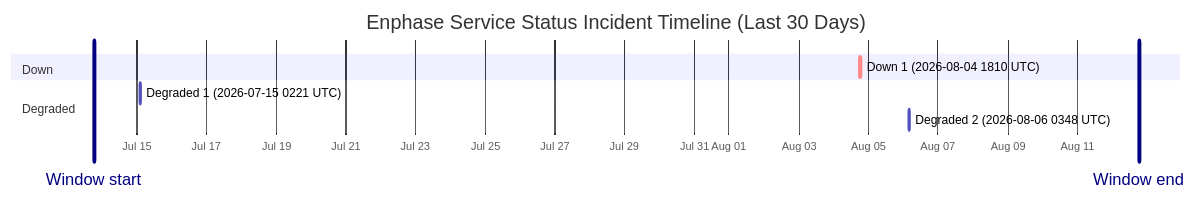
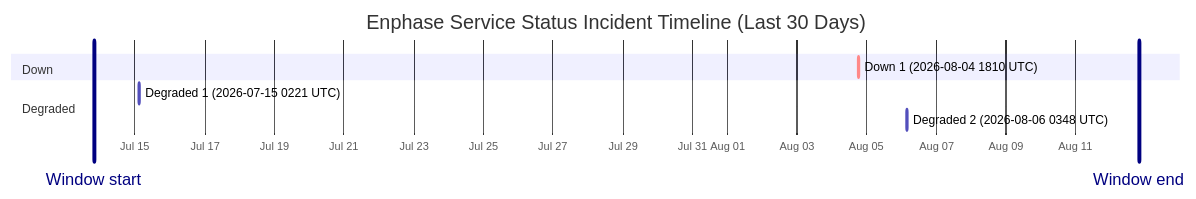
One commit to barneyonline/ha-enphase-energy changed the diagram in wiki/Service-Status-History.md. Above: the diagram before and after it, drawn with Mermaid. The commit also changed other lines of this file and 3 other files, not shown here.

````diff
--- a/wiki/Service-Status-History.md
+++ b/wiki/Service-Status-History.md
@@ -14,13 +14,13 @@
 ```mermaid
 gantt
     title Enphase Service Status Incident Timeline (Last 30 Days)
     dateFormat  YYYY-MM-DDTHH:mm:ss
     axisFormat  %b %d
-    Window start :vert, window-start, 2026-07-13T18:25:13, 0ms
-    Window end :vert, window-end, 2026-08-12T18:25:13, 0ms
+    Window start :vert, window-start, 2026-07-13T19:36:01, 0ms
+    Window end :vert, window-end, 2026-08-12T19:36:01, 0ms
     section Down
     Down 1 (2026-08-04 1810 UTC) :crit, down-1, 2026-08-04T18:10:46, 60m
     section Degraded
     Degraded 1 (2026-07-15 0221 UTC) :active, degraded-1, 2026-07-15T02:21:35, 60m
     Degraded 2 (2026-08-06 0348 UTC) :active, degraded-2, 2026-08-06T03:48:14, 60m
 ```
````
